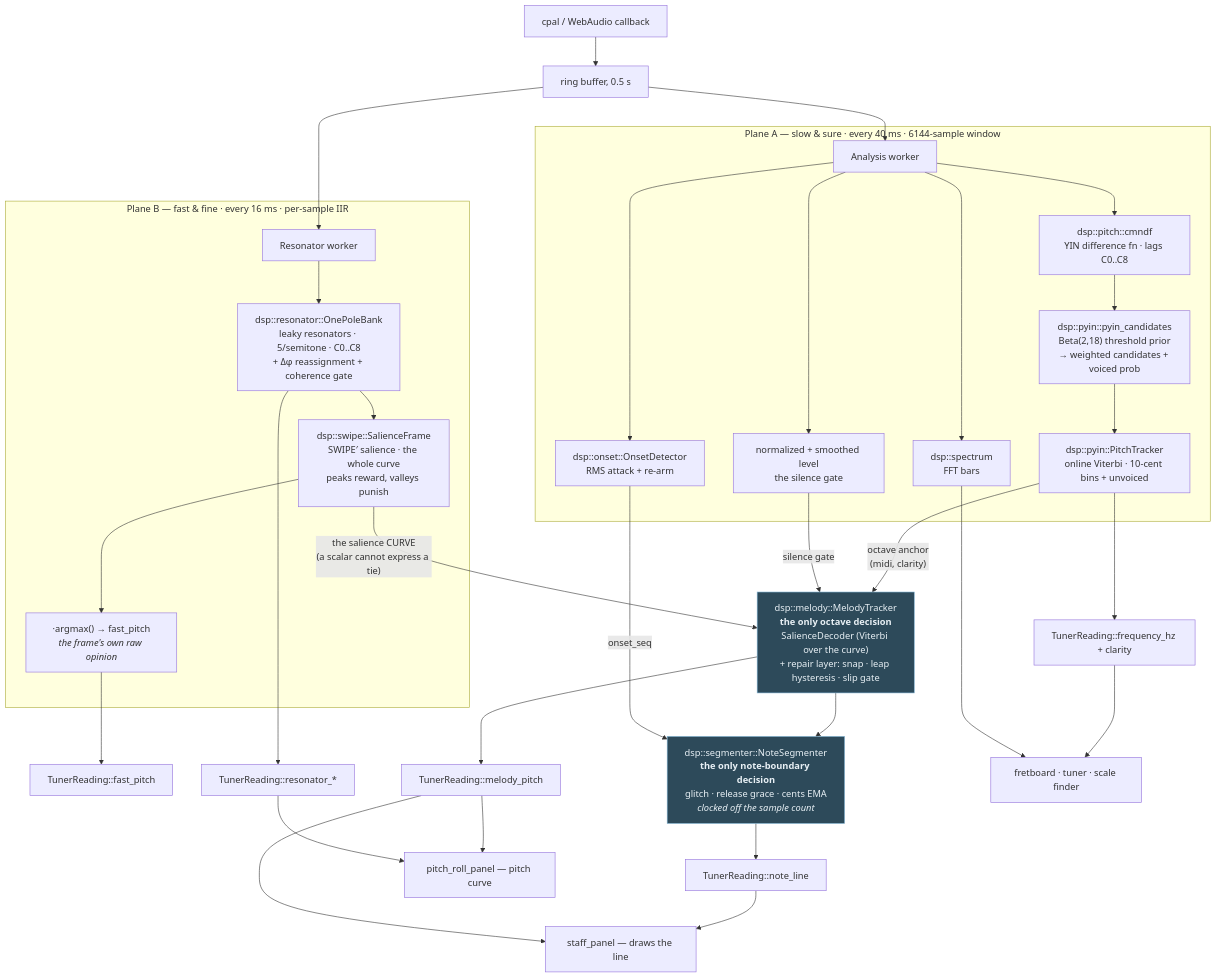
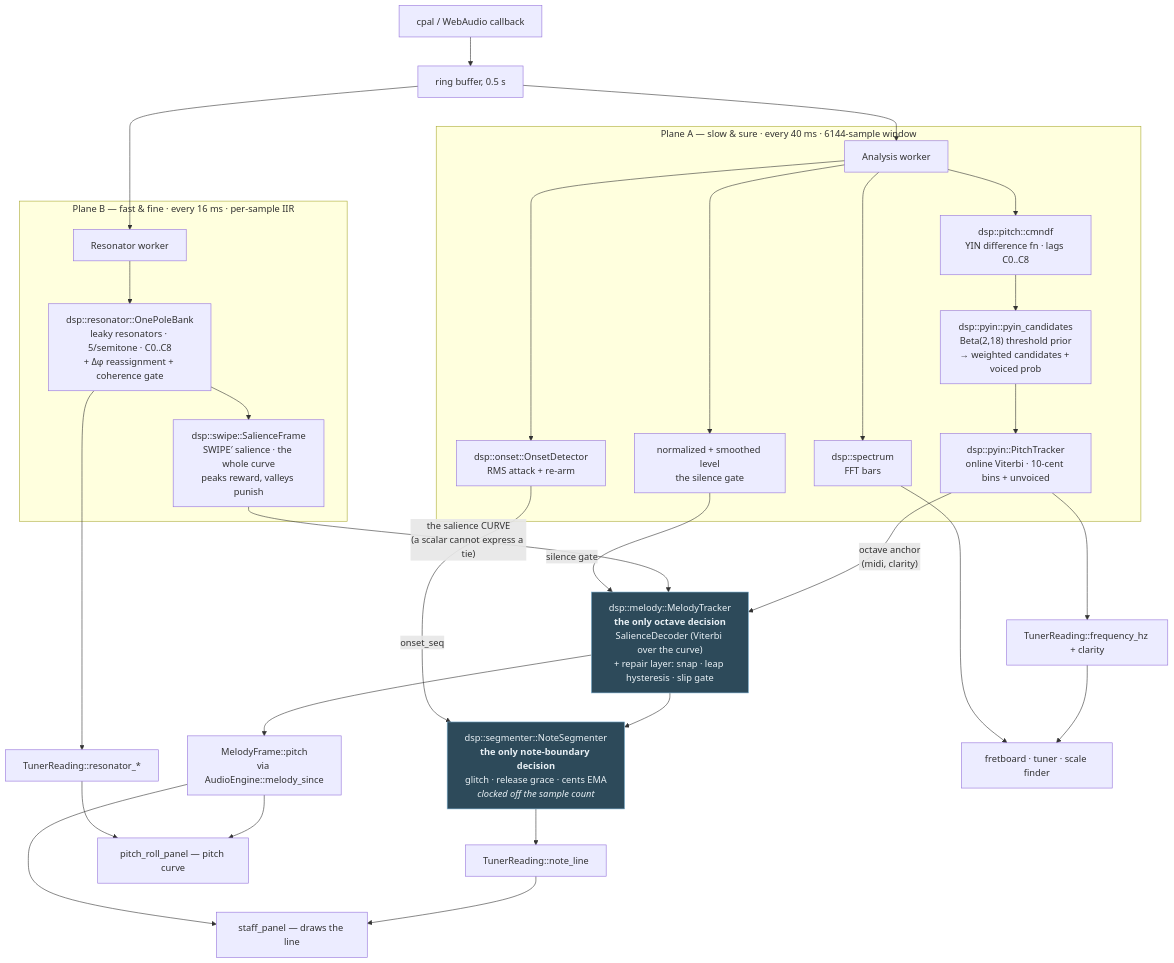
One commit to enomado/fretboard changed the diagram in docs/note_detection.md. Above: the diagram before and after it, drawn with Mermaid. The commit also changed other lines of this file and 9 other files, not shown here.

First line of the commit message:
refactor(audio): снять fast_pitch/melody_pitch с TunerReading — читателей нет

````diff
--- a/docs/note_detection.md
+++ b/docs/note_detection.md
@@ -77,47 +77,45 @@
 ```mermaid
 flowchart TD
     MIC[cpal / WebAudio callback] --> RING[ring buffer, 0.5 s]
     RING --> A[Analysis worker]
     RING --> B[Resonator worker]
 
     subgraph SLOW["Plane A — slow &amp; sure · every 40 ms · 6144-sample window"]
         A --> CMNDF["dsp::pitch::cmndf<br/>YIN difference fn · lags C0..C8"]
         CMNDF --> CAND["dsp::pyin::pyin_candidates<br/>Beta(2,18) threshold prior<br/>→ weighted candidates + voiced prob"]
         CAND --> HMM["dsp::pyin::PitchTracker<br/>online Viterbi · 10-cent bins + unvoiced"]
         A --> ONSET["dsp::onset::OnsetDetector<br/>RMS attack + re-arm"]
         A --> LVL["normalized + smoothed level<br/>the silence gate"]
         A --> FFT["dsp::spectrum<br/>FFT bars"]
     end
 
     subgraph FAST["Plane B — fast &amp; fine · every 16 ms · per-sample IIR"]
         B --> BANK["dsp::resonator::OnePoleBank<br/>leaky resonators · 5/semitone · C0..C8<br/>+ Δφ reassignment + coherence gate"]
         BANK --> SWIPE["dsp::swipe::SalienceFrame<br/>SWIPE′ salience · the whole curve<br/>peaks reward, valleys punish"]
-        SWIPE --> ARGMAX["·argmax() → fast_pitch<br/><i>the frame's own raw opinion</i>"]
     end
 
     HMM -->|"octave anchor<br/>(midi, clarity)"| MELODY
     SWIPE -->|"the salience CURVE<br/>(a scalar cannot express a tie)"| MELODY
     LVL -->|"silence gate"| MELODY
-    ARGMAX --> FP["TunerReading::fast_pitch"]
     MELODY["dsp::melody::MelodyTracker<br/><b>the only octave decision</b><br/>SalienceDecoder (Viterbi over the curve)<br/>+ repair layer: snap · leap hysteresis · slip gate"]
 
     MELODY --> SEG
     ONSET -->|"onset_seq"| SEG
     SEG["dsp::segmenter::NoteSegmenter<br/><b>the only note-boundary decision</b><br/>glitch · release grace · cents EMA<br/><i>clocked off the sample count</i>"]
 
     HMM --> FREQ["TunerReading::frequency_hz + clarity"]
-    MELODY --> MP["TunerReading::melody_pitch"]
+    MELODY --> MP["MelodyFrame::pitch<br/>via AudioEngine::melody_since"]
     SEG --> NL["TunerReading::note_line"]
     BANK --> HEAT["TunerReading::resonator_*"]
 
     NL --> STAFF["staff_panel — draws the line"]
     MP --> ROLL["pitch_roll_panel — pitch curve"]
     MP --> STAFF
     HEAT --> ROLL
     FREQ --> TUNER["fretboard · tuner · scale finder"]
     FFT --> TUNER
 
     classDef decide fill:#2d4a5a,stroke:#7fb3d3,color:#e8f0f5
     class MELODY decide
     class SEG decide
 ```
````
